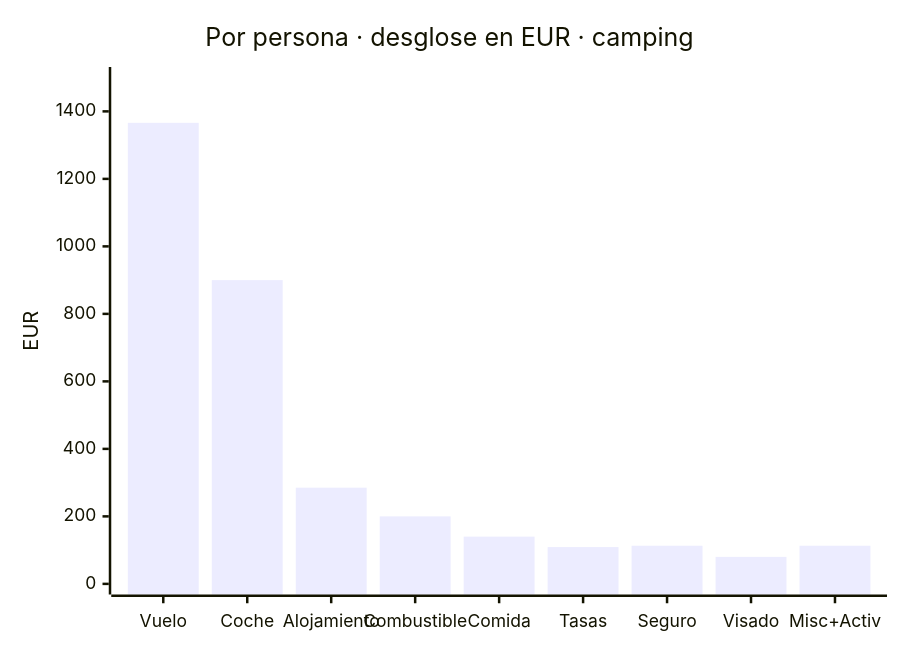
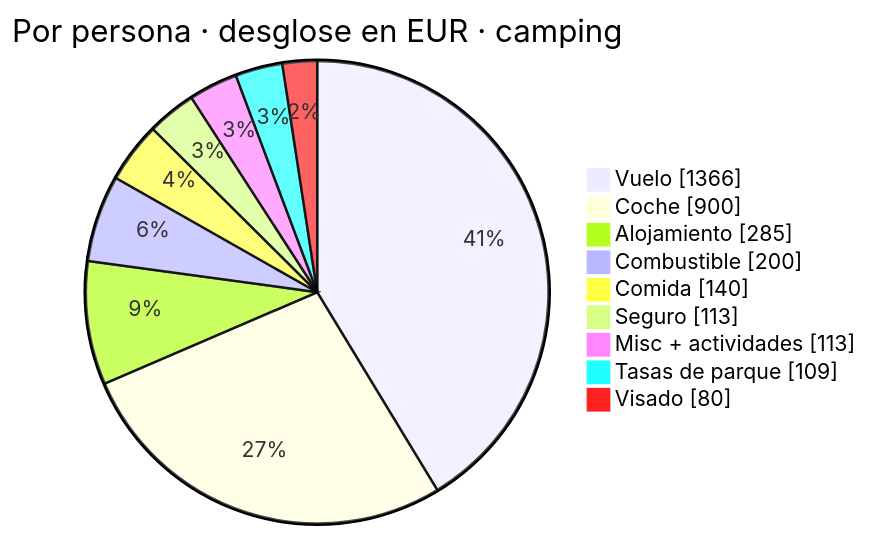
One commit to morandeirachema/namibia changed the sixth of 8 diagrams in README.md. Above: the diagram before and after it, drawn with Mermaid.

Commit message:
Arreglar el grafico del presupuesto en el README: GitHub no renderiza xychart-beta, se pasa a pie

````diff
--- a/README.md
+++ b/README.md
@@ -343,7 +343,13 @@
 ```mermaid
-xychart-beta
-    title "Por persona · desglose en EUR · camping"
-    x-axis ["Vuelo", "Coche", "Alojamiento", "Combustible", "Comida", "Tasas", "Seguro", "Visado", "Misc+Activ"]
-    y-axis "EUR" 0 --> 1500
-    bar [1366, 900, 285, 200, 140, 109, 113, 80, 113]
+pie showData
+    title Por persona · desglose en EUR · camping
+    "Vuelo" : 1366
+    "Coche" : 900
+    "Alojamiento" : 285
+    "Combustible" : 200
+    "Comida" : 140
+    "Seguro" : 113
+    "Misc + actividades" : 113
+    "Tasas de parque" : 109
+    "Visado" : 80
 ```
````
